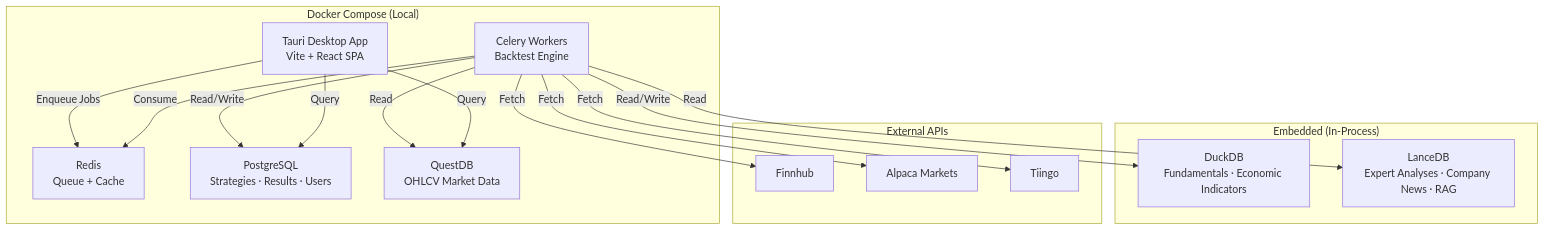
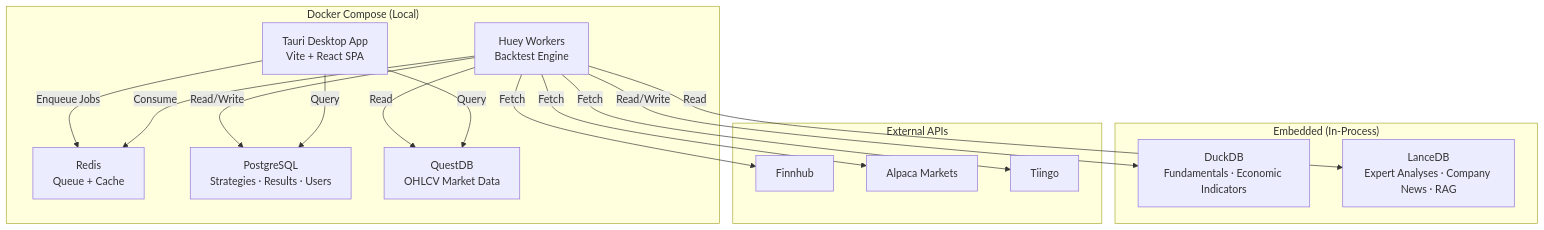
The eighth of 9 diagrams in ARCHITECTURE.md (huydhoang/quantlens-docs), drawn with Mermaid before and after one commit. The commit also changed other lines of this file and 2 other files, not shown here.

Commit message:
Add clarifying Q&A, remove Faust/Rocketry from tables, fix Celery→Huey in ARCHITECTURE.md and core_engine.md

````diff
--- a/ARCHITECTURE.md
+++ b/ARCHITECTURE.md
@@ -342,34 +342,34 @@
 ```mermaid
 graph TB
     subgraph "Docker Compose (Local)"
         A[Tauri Desktop App<br/>Vite + React SPA]
-        B[Celery Workers<br/>Backtest Engine]
+        B[Huey Workers<br/>Backtest Engine]
         C[Redis<br/>Queue + Cache]
 
         D[PostgreSQL<br/>Strategies · Results · Users]
         E[QuestDB<br/>OHLCV Market Data]
     end
 
     subgraph "Embedded (In-Process)"
         F[DuckDB<br/>Fundamentals · Economic Indicators]
         L[LanceDB<br/>Expert Analyses · Company News · RAG]
     end
 
     subgraph "External APIs"
         G[Finnhub]
         H[Alpaca Markets]
         TI[Tiingo]
     end
 
     A -->|Enqueue Jobs| C
     B -->|Consume| C
     B -->|Read/Write| D
     B -->|Read| E
     B -->|Read/Write| F
     B -->|Read| L
     B -->|Fetch| G
     B -->|Fetch| H
     B -->|Fetch| TI
     A -->|Query| D
     A -->|Query| E
 ```
````
